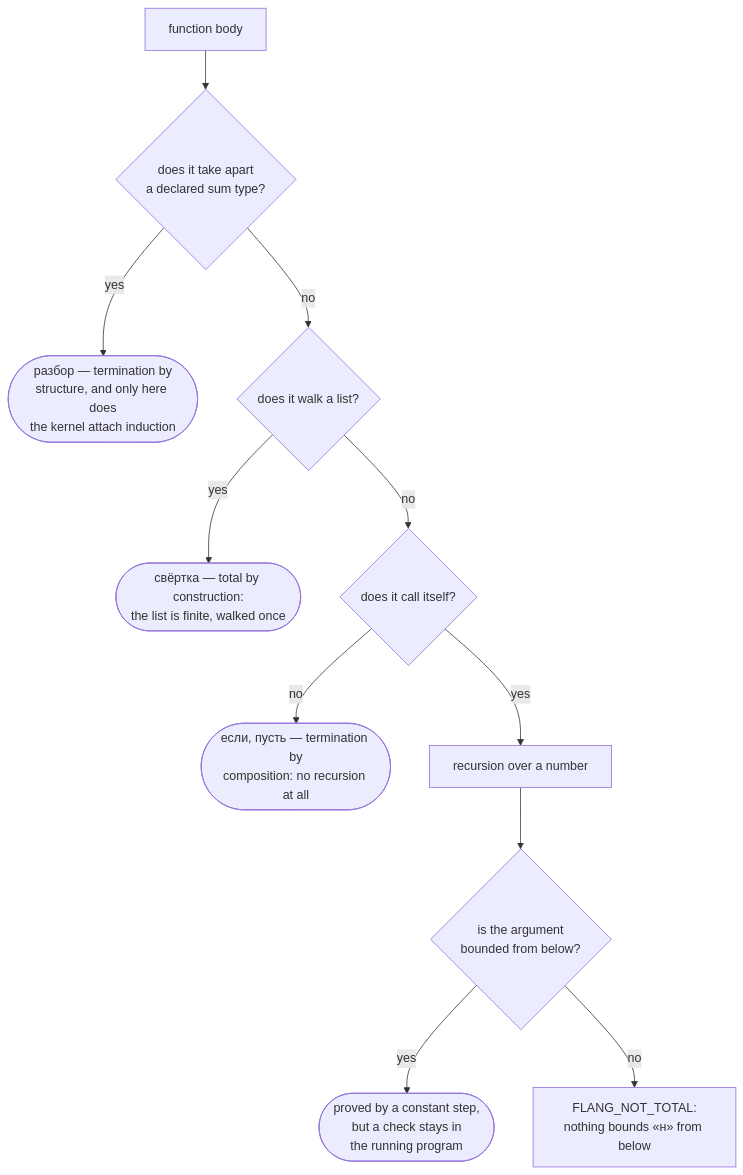
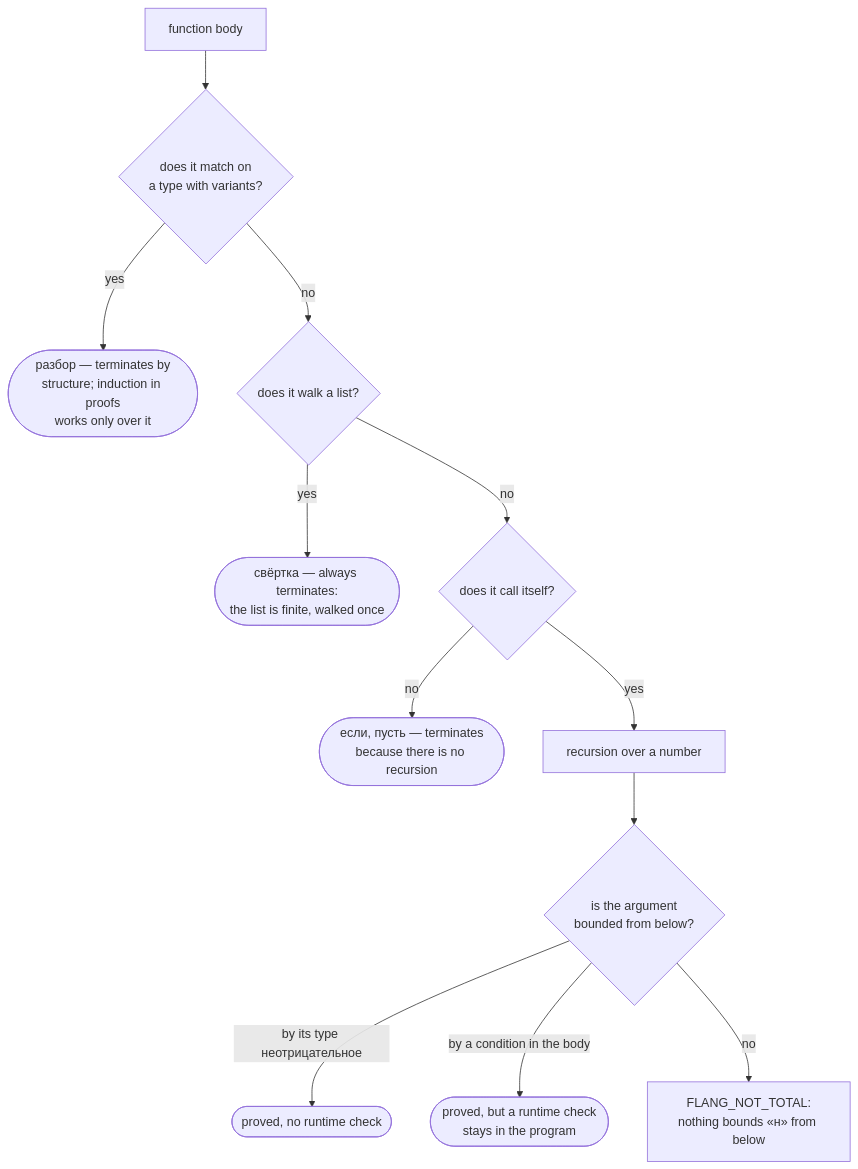
Before and after one commit to digitable-lol/flang: the diagram in docs/site/tutorial.md, drawn with Mermaid. The commit also changed other lines of this file and 3 other files, not shown here.

````diff
--- a/docs/site/tutorial.md
+++ b/docs/site/tutorial.md
@@ -126,15 +143,16 @@
 ```mermaid Choosing the body form
 flowchart TD
-  A[function body] --> B{does it take apart<br>a declared sum type?}
-  B -->|yes| C([разбор — termination by<br>structure, and only here does<br>the kernel attach induction])
+  A[function body] --> B{does it match on<br>a type with variants?}
+  B -->|yes| C([разбор — terminates by<br>structure; induction in proofs<br>works only over it])
   B -->|no| D{does it walk a list?}
-  D -->|yes| E([свёртка — total by construction:<br>the list is finite, walked once])
+  D -->|yes| E([свёртка — always terminates:<br>the list is finite, walked once])
   D -->|no| F{does it call itself?}
-  F -->|no| G([если, пусть — termination by<br>composition: no recursion at all])
+  F -->|no| G([если, пусть — terminates<br>because there is no recursion])
   F -->|yes| H[recursion over a number]
   H --> I{is the argument<br>bounded from below?}
-  I -->|yes| J([proved by a constant step,<br>but a check stays in<br>the running program])
+  I -->|by its type неотрицательное| J1([proved, no runtime check])
+  I -->|by a condition in the body| J([proved, but a runtime check<br>stays in the program])
   I -->|no| K[FLANG_NOT_TOTAL:<br>nothing bounds «н» from below]
-  class C,E,G vyvod
+  class C,E,G,J1 vyvod
   class K otkaz
 ```
````
